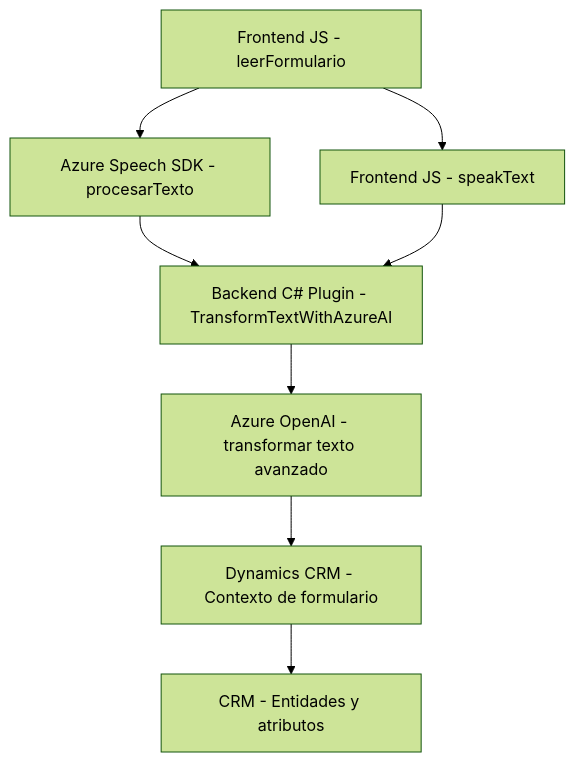
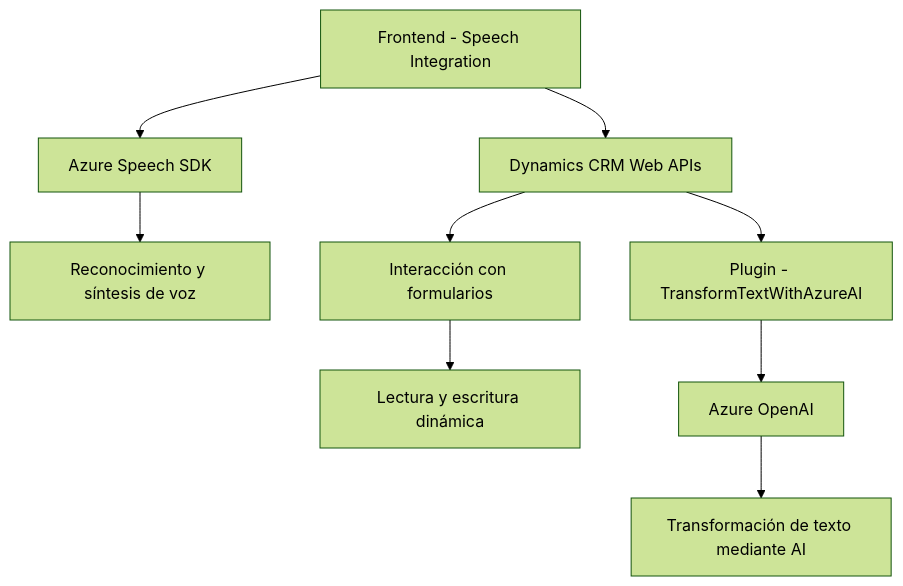
One commit to blopezdm/NETCORE_BILBAO2025 changed the diagram in README.md. Above: the diagram before and after it, drawn with Mermaid (forest theme). The commit also changed other lines of this file, not shown here.

Commit message:
Actualizar análisis global de la solución con IA

````diff
--- a/README.md
+++ b/README.md
@@ -52,10 +43,11 @@
 ```mermaid
 graph TD
-    A["Frontend JS - leerFormulario"] --> B["Azure Speech SDK - procesarTexto"]
-    A --> C["Frontend JS - speakText"]
-    B --> D["Backend C# Plugin - TransformTextWithAzureAI"]
-    C --> D
-    D --> E["Azure OpenAI - transformar texto avanzado"]
-    E --> F["Dynamics CRM - Contexto de formulario"]
-    F --> G["CRM - Entidades y atributos"]
+    A["Frontend - Speech Integration"] --> B["Azure Speech SDK"]
+    A --> C["Dynamics CRM Web APIs"]
+    B --> D["Reconocimiento y síntesis de voz"]
+    C --> E["Interacción con formularios"]
+    E --> F["Lectura y escritura dinámica"]
+    C --> G["Plugin - TransformTextWithAzureAI"]
+    G --> H["Azure OpenAI"]
+    H --> I["Transformación de texto mediante AI"]
 ```
````
